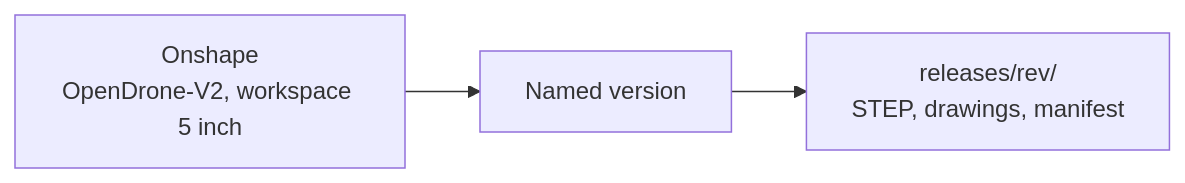
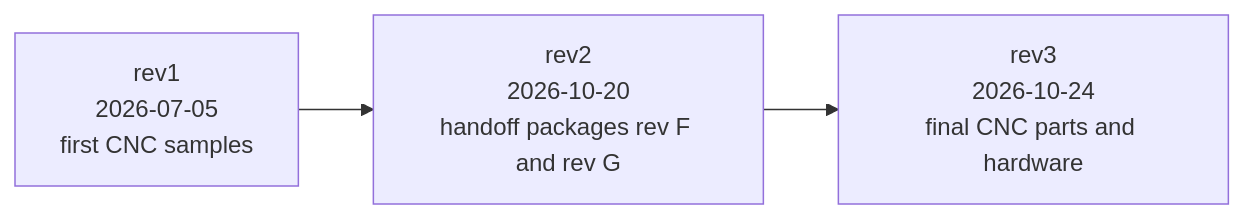
Before and after one commit to OpenDrone-hw/OpenFrame-5F: the first of 2 diagrams in README.md, drawn with Mermaid. The commit also changed other lines of this file and 21 other files, not shown here.

First line of the commit message:
release: final CNC parts and hardware (rev3), README and CHANGELOG from the final Onshape version

````diff
--- a/README.md
+++ b/README.md
@@ -17,5 +35,6 @@
 ```mermaid
 flowchart LR
-  O["Onshape<br/>OpenDrone-V2, workspace 5 inch"] --> V["Named version"]
-  V --> R["releases/rev/<br/>STEP, drawings, manifest"]
+  R0["rev1<br/>2026-07-05<br/>first CNC samples"] --> R1
+  R1["rev2<br/>2026-10-20<br/>handoff packages rev F and rev G"] --> R2
+  R2["rev3<br/>2026-10-24<br/>final CNC parts and hardware"]
 ```
````
